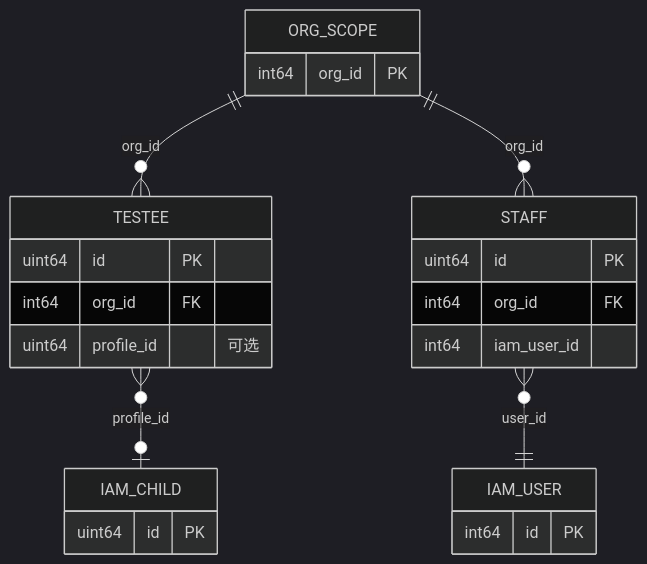
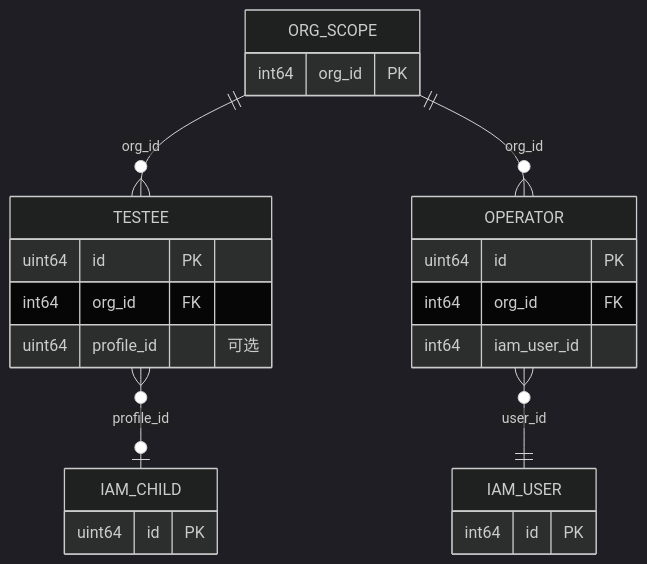
The second of 5 diagrams in docs/02-业务模块/05-actor.md (FangcunMount/qs-server), drawn with Mermaid (dark theme) before and after one commit. The commit also changed other lines of this file and 26 other files, not shown here.

Commit message:
pref  staff -> operator 重命名:

````diff
--- a/docs/02-业务模块/05-actor.md
+++ b/docs/02-业务模块/05-actor.md
@@ -108,31 +108,31 @@
 ```mermaid
 erDiagram
     ORG_SCOPE {
         int64 org_id PK
     }
 
     TESTEE {
         uint64 id PK
         int64 org_id FK
         uint64 profile_id "可选"
     }
 
-    STAFF {
+    OPERATOR {
         uint64 id PK
         int64 org_id FK
         int64 iam_user_id
     }
 
     IAM_CHILD {
         uint64 id PK
     }
 
     IAM_USER {
         int64 id PK
     }
 
     ORG_SCOPE ||--o{ TESTEE : org_id
-    ORG_SCOPE ||--o{ STAFF : org_id
+    ORG_SCOPE ||--o{ OPERATOR : org_id
     TESTEE }o--o| IAM_CHILD : profile_id
-    STAFF }o--|| IAM_USER : user_id
+    OPERATOR }o--|| IAM_USER : user_id
 ```
````
